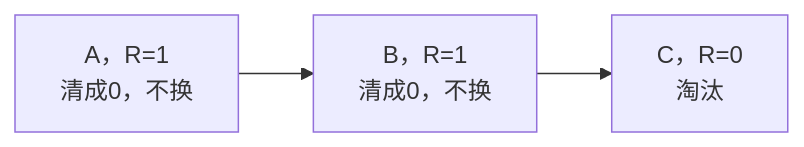
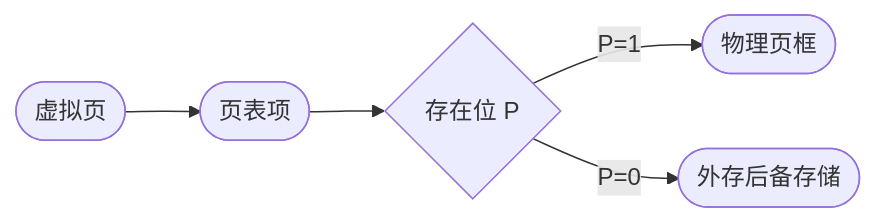
One commit to 74262195/system-architect-notes changed the first of 4 diagrams in 01_综合知识/01_计算机基础知识/02_操作系统/虚拟存储与页面置换.md. Above: the diagram before and after it, drawn with Mermaid. The commit also changed other lines of this file, not shown here.

````diff
--- a/01_综合知识/01_计算机基础知识/02_操作系统/虚拟存储与页面置换.md
+++ b/01_综合知识/01_计算机基础知识/02_操作系统/虚拟存储与页面置换.md
@@ -226,5 +46,7 @@
 ```mermaid
 flowchart LR
-    A[A，R=1<br/>清成0，不换] --> B[B，R=1<br/>清成0，不换]
-    B --> C[C，R=0<br/>淘汰]
+    A([虚拟页]) --> B([页表项])
+    B --> C{存在位 P}
+    C -- P=1 --> D([物理页框])
+    C -- P=0 --> E([外存后备存储])
 ```
````
